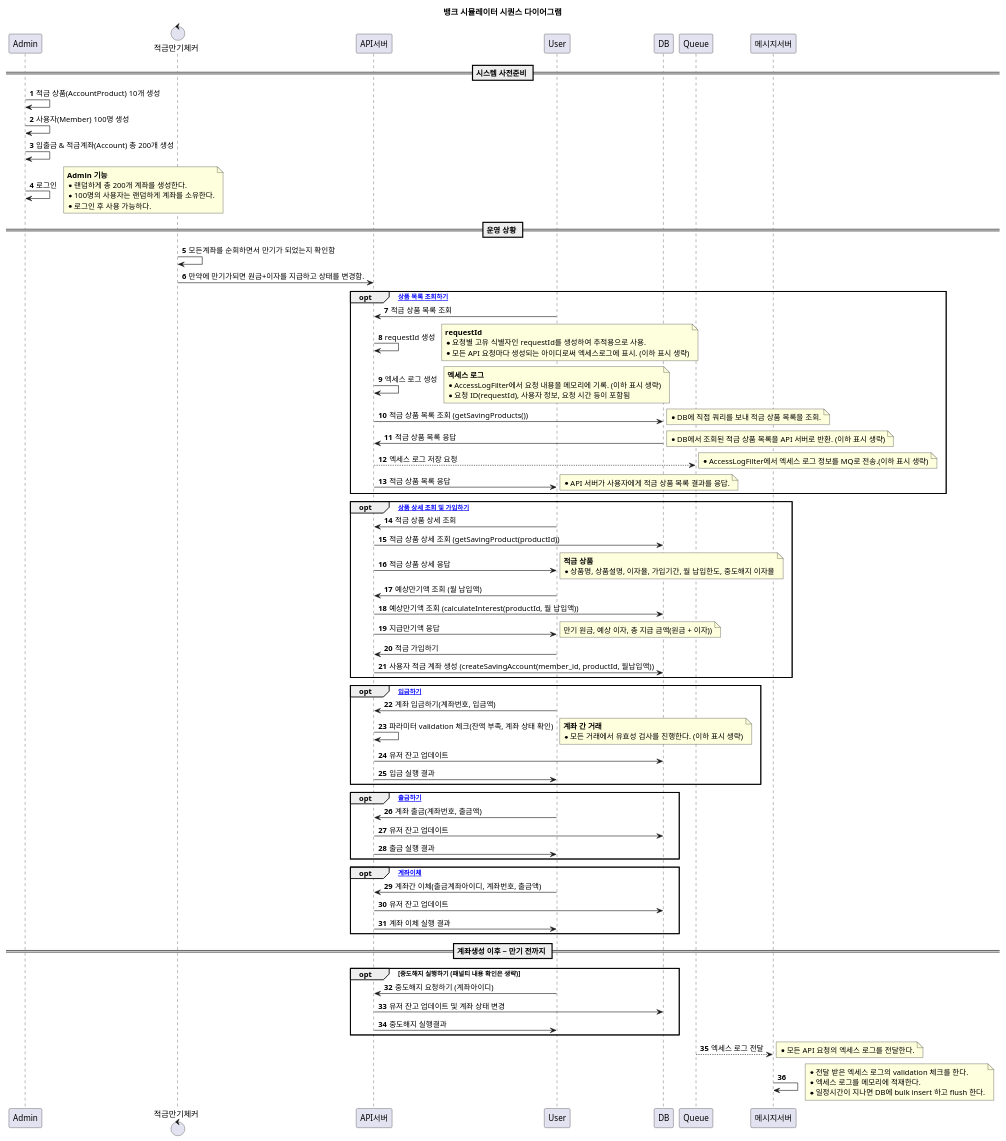
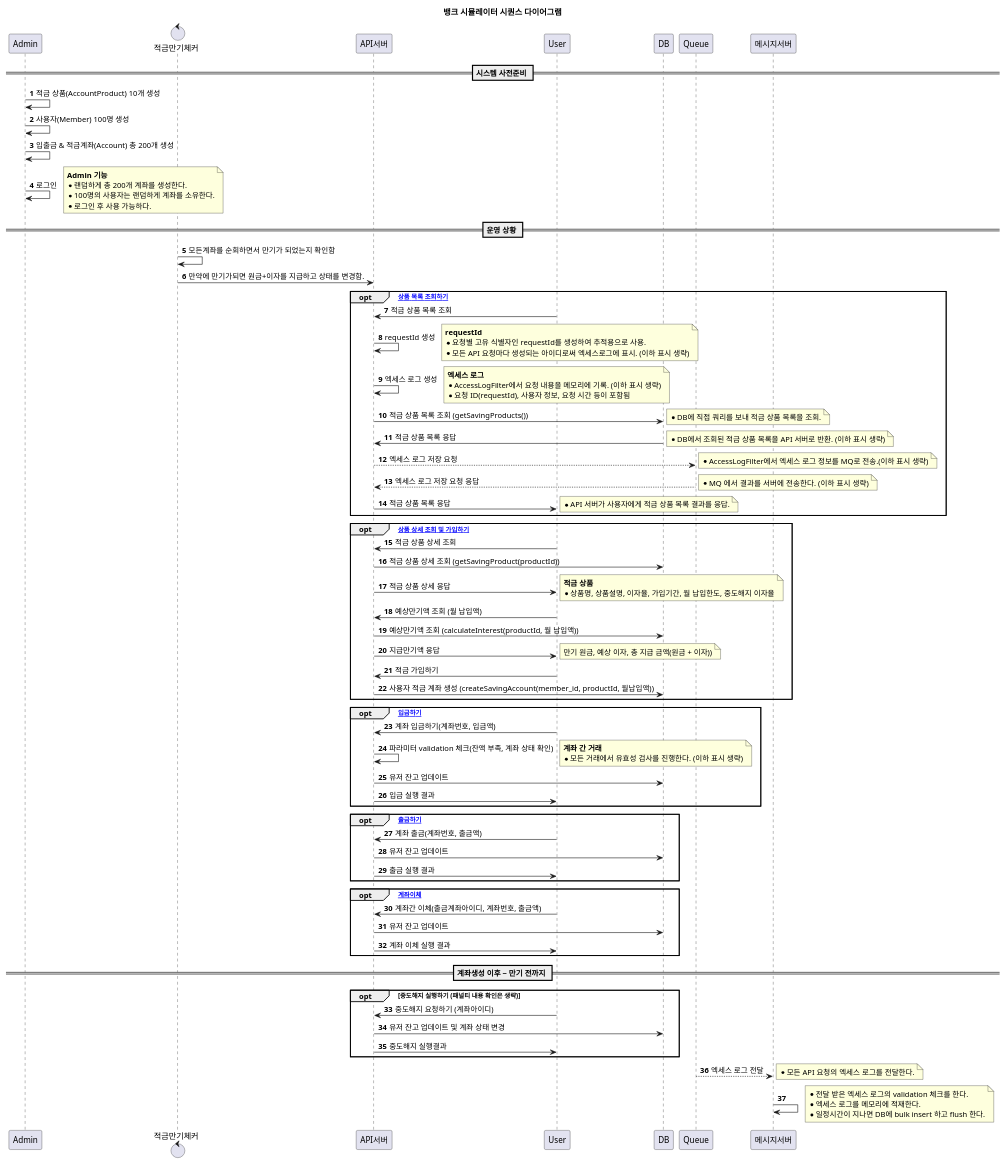
One commit to hyeji1020/bankly changed the diagram in diagrams/class_diagram.puml. Above: the diagram before and after it, drawn with PlantUML.

Commit message:
refactor: 메세지 서버 응답 추가 #46

```diff
--- a/diagrams/class_diagram.puml
+++ b/diagrams/class_diagram.puml
@@ -1,135 +1,138 @@
 @startuml
 'https://plantuml.com/sequence-diagram
 
 title 뱅크 시뮬레이터 시퀀스 다이어그램
 
 autonumber
 
 == 시스템 사전준비 ==
 participant Admin
 
 Admin -> Admin: 적금 상품(AccountProduct) 10개 생성
 Admin -> Admin: 사용자(Member) 100명 생성
 Admin -> Admin: 입출금 & 적금계좌(Account) 총 200개 생성
 Admin -> Admin: 로그인
 
 note right
 **Admin 기능**
 * 랜덤하게 총 200개 계좌를 생성한다.
 * 100명의 사용자는 랜덤하게 계좌를 소유한다.
 * 로그인 후 사용 가능하다.
 end note
 
 == 운영 상황 ==
 
 control 적금만기체커
 적금만기체커 -> 적금만기체커: 모든계좌를 순회하면서 만기가 되었는지 확인함
 적금만기체커 -> API서버: 만약에 만기가되면 원금+이자를 지급하고 상태를 변경함.
 
 
 opt [적금 상품 목록 조회하기]
 User -> API서버: 적금 상품 목록 조회
 
 API서버 -> API서버: requestId 생성
     note right
     **requestId**
     * 요청별 고유 식별자인 requestId를 생성하여 추적용으로 사용.
     * 모든 API 요청마다 생성되는 아이디로써 엑세스로그에 표시. (이하 표시 생략)
     end note
 
 API서버 -> API서버: 엑세스 로그 생성
     note right
     **엑세스 로그**
     * AccessLogFilter에서 요청 내용을 메모리에 기록. (이하 표시 생략)
     * 요청 ID(requestId), 사용자 정보, 요청 시간 등이 포함됨
     end note
 
 API서버 -> DB: 적금 상품 목록 조회 (getSavingProducts())
     note right
     * DB에 직접 쿼리를 보내 적금 상품 목록을 조회.
     end note
 
 DB -> API서버: 적금 상품 목록 응답
     note right
     * DB에서 조회된 적금 상품 목록을 API 서버로 반환. (이하 표시 생략)
     end note
 
 API서버 --> Queue: 엑세스 로그 저장 요청
     note right
     * AccessLogFilter에서 엑세스 로그 정보를 MQ로 전송.(이하 표시 생략)
     end note
-
+Queue --> API서버: 엑세스 로그 저장 요청 응답
+    note right
+    * MQ 에서 결과를 서버에 전송한다.  (이하 표시 생략)
+    end note
 API서버 -> User: 적금 상품 목록 응답
     note right
     *API 서버가 사용자에게 적금 상품 목록 결과를 응답.
     end note
 end opt
 
 '특정 적금 상품'
 opt [ 적금 상품 상세 조회 및 가입하기]
 User -> API서버: 적금 상품 상세 조회
 API서버 -> DB: 적금 상품 상세 조회 (getSavingProduct(productId))
 
 API서버 -> User: 적금 상품 상세 응답
     note right
     **적금 상품**
     * 상품명, 상품설명, 이자율, 가입기간, 월 납입한도, 중도해지 이자율
     end note
 
 User -> API서버: 예상만기액 조회 (월 납입액)
 API서버 -> DB: 예상만기액 조회 (calculateInterest(productId, 월 납입액))
 
 API서버 -> User: 지급만기액 응답
     note right
     만기 원금, 예상 이자, 총 지급 금액(원금 + 이자))
     end note
 
 User -> API서버: 적금 가입하기
 API서버 -> DB: 사용자 적금 계좌 생성 (createSavingAccount(member_id, productId, 월납입액))
 end opt
 
 
 opt [입금하기]
 User -> API서버: 계좌 입금하기(계좌번호, 입금액)
 
 API서버 -> API서버: 파라미터 validation 체크(잔액 부족, 계좌 상태 확인)
     note right
     **계좌 간 거래**
     * 모든 거래에서 유효성 검사를 진행한다. (이하 표시 생략)
     end note
 API서버 -> DB: 유저 잔고 업데이트
 API서버 -> User : 입금 실행 결과
 end opt
 
 opt [출금하기]
 User -> API서버: 계좌 출금(계좌번호, 출금액)
 API서버 -> DB: 유저 잔고 업데이트
 API서버 -> User : 출금 실행 결과
 end opt
 
 opt [계좌이체]
 User -> API서버: 계좌간 이체(출금계좌아이디, 계좌번호, 출금액)
 API서버 -> DB: 유저 잔고 업데이트
 API서버 -> User : 계좌 이체 실행 결과
 end opt
 
 == 계좌생성 이후 ~ 만기 전까지 ==
 opt 중도해지 실행하기 (패널티 내용 확인은 생략)
     User -> API서버 : 중도해지 요청하기 (계좌아이디)
     API서버 -> DB : 유저 잔고 업데이트 및 계좌 상태 변경
     API서버 -> User: 중도해지 실행결과
 end opt
 
 Queue --> 메시지서버: 엑세스 로그 전달
     note right
     * 모든 API 요청의 엑세스 로그를 전달한다.
     end note
 
 메시지서버 -> 메시지서버:
     note right
     * 전달 받은 엑세스 로그의 validation 체크를 한다.
     * 엑세스 로그를 메모리에 적재한다.
     * 일정시간이 지나면 DB에 bulk insert 하고 flush 한다.
     end note
 
 @enduml
```
